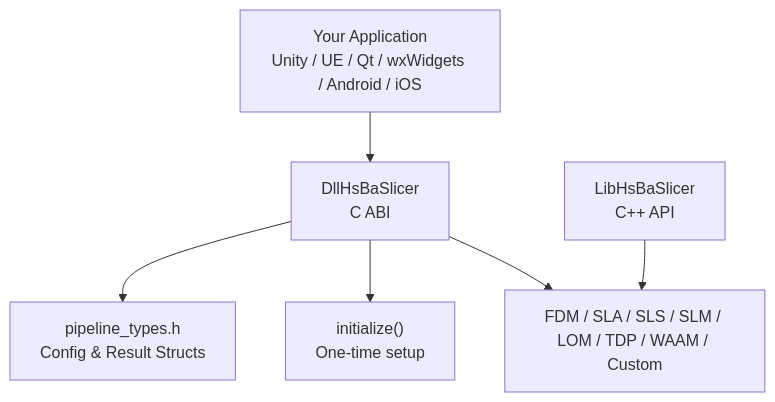
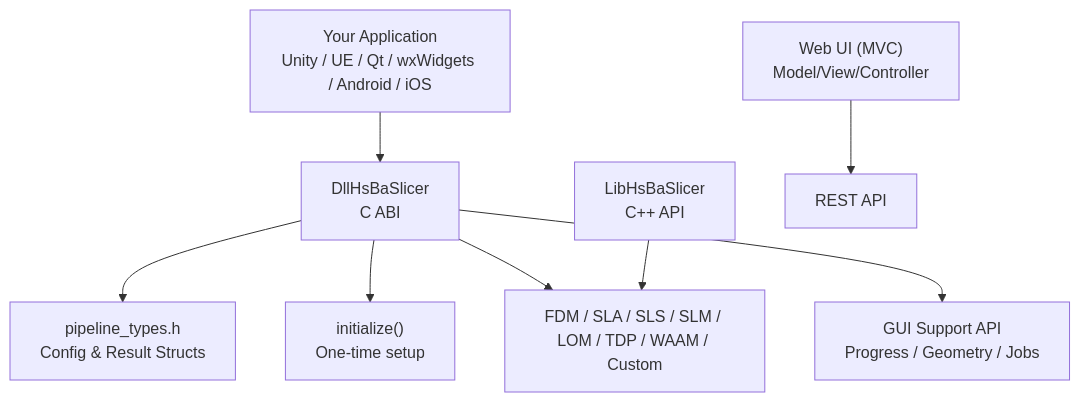
Before and after one commit to hsmbanlance/HsBaSlicer: the first of 10 diagrams in .qoder/repowiki/en/content/Integration Guide/Integration Guide.md, drawn with Mermaid. The commit also changed other lines of this file and 101 other files, not shown here.

````diff
--- a/.qoder/repowiki/en/content/Integration Guide/Integration Guide.md
+++ b/.qoder/repowiki/en/content/Integration Guide/Integration Guide.md
@@ -54,8 +74,10 @@
 ```mermaid
 graph TB
 App["Your Application<br/>Unity / UE / Qt / wxWidgets / Android / iOS"] --> Dll["DllHsBaSlicer<br/>C ABI"]
 Dll --> Types["pipeline_types.h<br/>Config & Result Structs"]
 Dll --> Init["initialize()<br/>One-time setup"]
 Dll --> Pipelines["FDM / SLA / SLS / SLM / LOM / TDP / WAAM / Custom"]
+Dll --> GUIAPI["GUI Support API<br/>Progress / Geometry / Jobs"]
 Lib["LibHsBaSlicer<br/>C++ API"] --> Pipelines
+WebUI["Web UI (MVC)<br/>Model/View/Controller"] --> REST["REST API"]
 ```
````
